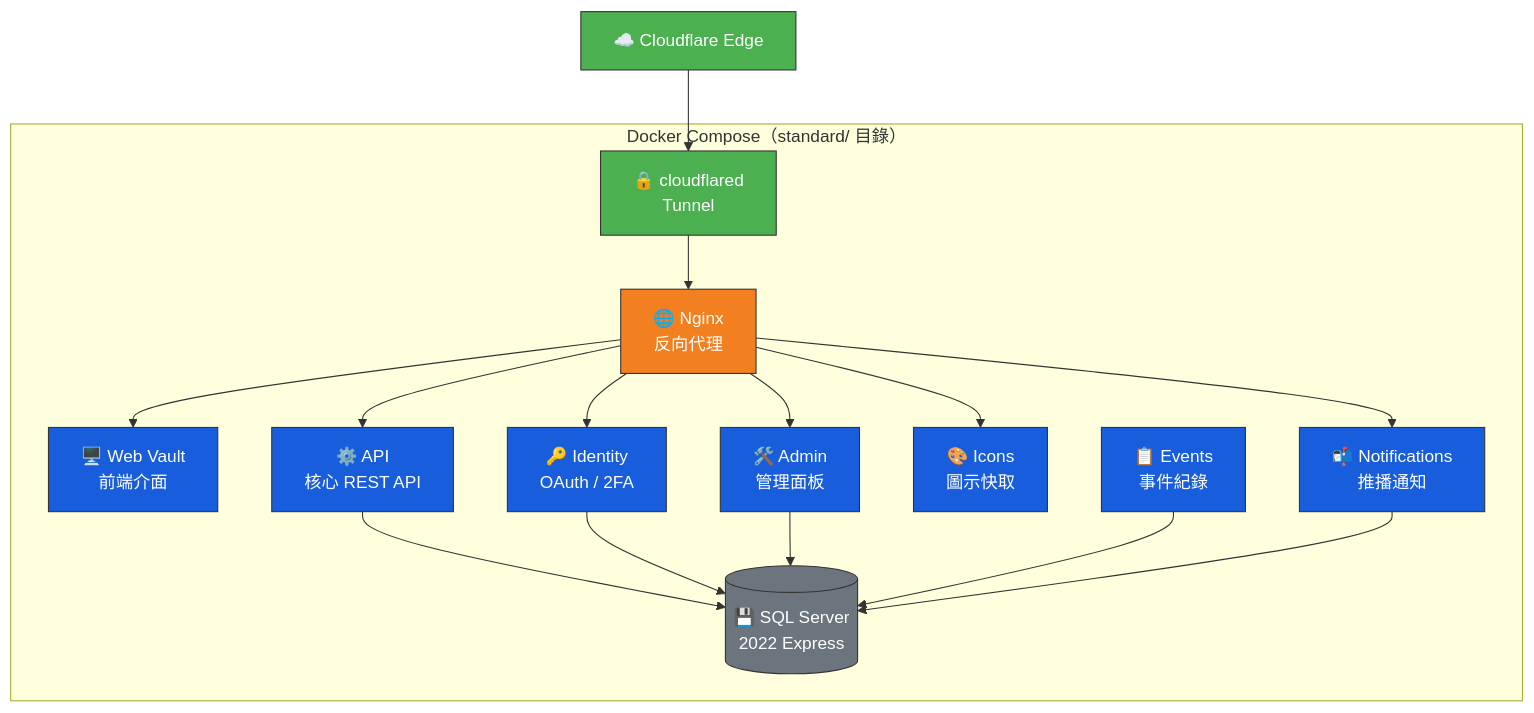
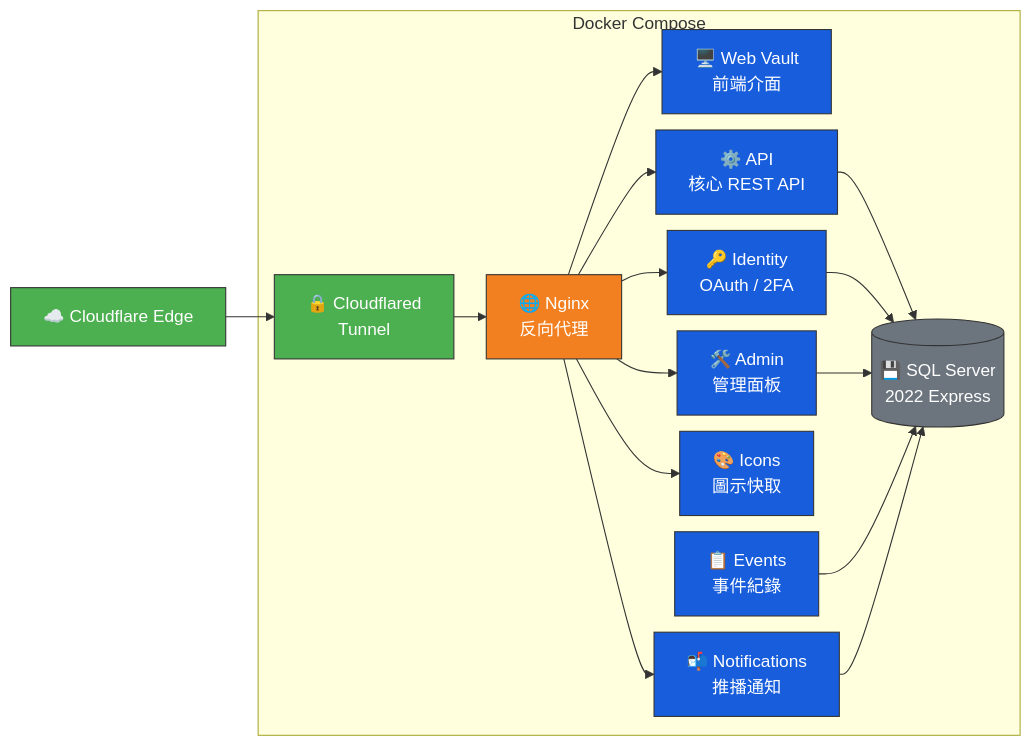
Before and after one commit to felimet/bitwarden-server: the diagram in docs/standard-deployment.md, drawn with Mermaid. The commit also changed 1 other file, not shown here.

Commit message:
docs: update flowchart layouts for evaluation and standard deployment

````diff
--- a/docs/standard-deployment.md
+++ b/docs/standard-deployment.md
@@ -9,39 +9,40 @@
 ```mermaid
-graph TD
-    subgraph "Docker Compose（standard/ 目錄）"
+%%{init: {"flowchart": {"nodeSpacing": 15, "rankSpacing": 30}}}%%
+graph LR
+    subgraph "Docker Compose"
         NGINX["🌐 Nginx<br/>反向代理"]
         WEB["🖥️ Web Vault<br/>前端介面"]
         API["⚙️ API<br/>核心 REST API"]
         ID["🔑 Identity<br/>OAuth / 2FA"]
         ADMIN["🛠️ Admin<br/>管理面板"]
         ICONS["🎨 Icons<br/>圖示快取"]
         NOTIF["📬 Notifications<br/>推播通知"]
         EVENTS["📋 Events<br/>事件紀錄"]
         MSSQL[("💾 SQL Server<br/>2022 Express")]
-        CF["🔒 cloudflared<br/>Tunnel"]
+        CF["🔒 Cloudflared<br/>Tunnel"]
     end
 
     CLIENT["☁️ Cloudflare Edge"] --> CF
     CF --> NGINX
     NGINX --> WEB
     NGINX --> API
     NGINX --> ID
     NGINX --> ADMIN
     NGINX --> ICONS
     NGINX --> NOTIF
     API --> MSSQL
     ID --> MSSQL
     ADMIN --> MSSQL
     EVENTS --> MSSQL
     NOTIF --> MSSQL
 
     classDef proxy fill:#F38020,stroke:#333,color:#fff
     classDef service fill:#175DDC,stroke:#333,color:#fff
     classDef db fill:#6C757D,stroke:#333,color:#fff
     classDef tunnel fill:#4CAF50,stroke:#333,color:#fff
 
     class NGINX proxy
     class WEB,API,ID,ADMIN,ICONS,NOTIF,EVENTS service
     class MSSQL db
     class CF,CLIENT tunnel
 ```
````
